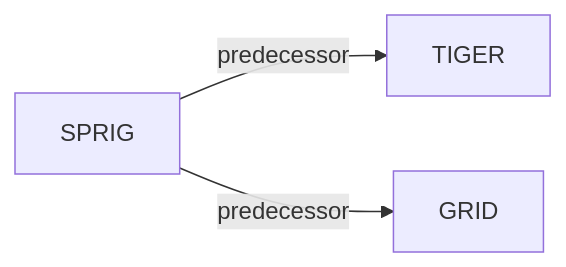
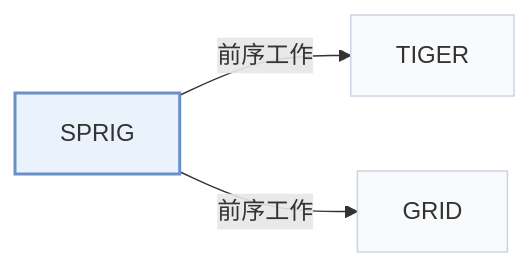
One commit to Galaxy-ghost/Awesome-SID-Generative-Rec changed the second of 2 diagrams in pages/zh/papers/sprig.md. Above: the diagram before and after it, drawn with Mermaid. The commit also changed other lines of this file and 649 other files, not shown here.

Commit message:
writer-05: also tags and modality index (schema, check, build, visuals); summary field removed; calibration data for 12 papers

````diff
--- a/pages/zh/papers/sprig.md
+++ b/pages/zh/papers/sprig.md
@@ -70,6 +74,10 @@
 ```mermaid
 flowchart LR
     P["SPRIG"]
-    P -->|predecessor| A["TIGER"]
-    P -->|predecessor| B["GRID"]
+    P -->|"前序工作"| A["TIGER"]
+    P -->|"前序工作"| B["GRID"]
+    classDef main fill:#eaf2fb,stroke:#6b8fc7,stroke-width:2px
+    classDef peer fill:#f8fafc,stroke:#cbd5e1
+    class P main
+    class A,B peer
 ```
````
